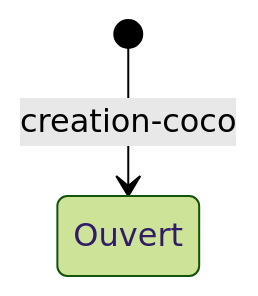
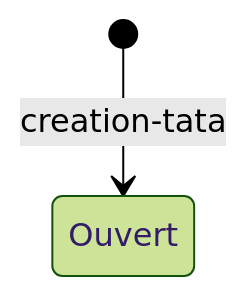
Before and after one commit to ydgl/lapin: the diagram in test.md, drawn with Mermaid (forest theme).

````diff
--- a/test.md
+++ b/test.md
@@ -5,8 +5,8 @@
 ``` mermaid
 stateDiagram-v2
-  [*] --> Ouvert : creation-coco
+  [*] --> Ouvert : creation-tata
   state Ouvert
   
 
 
 ```
````
